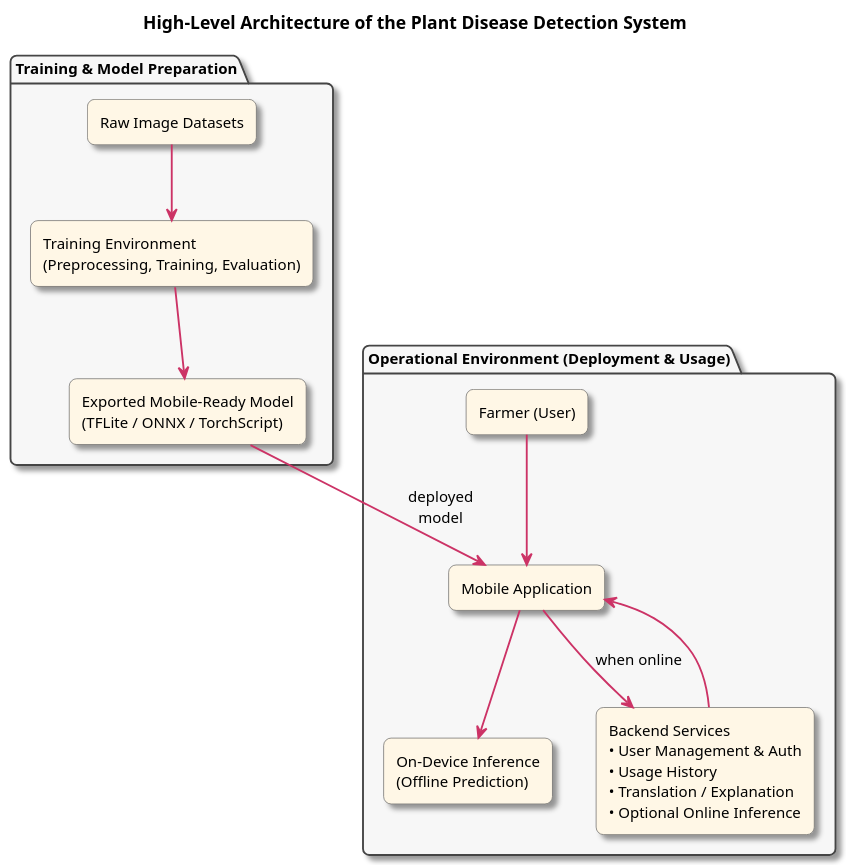
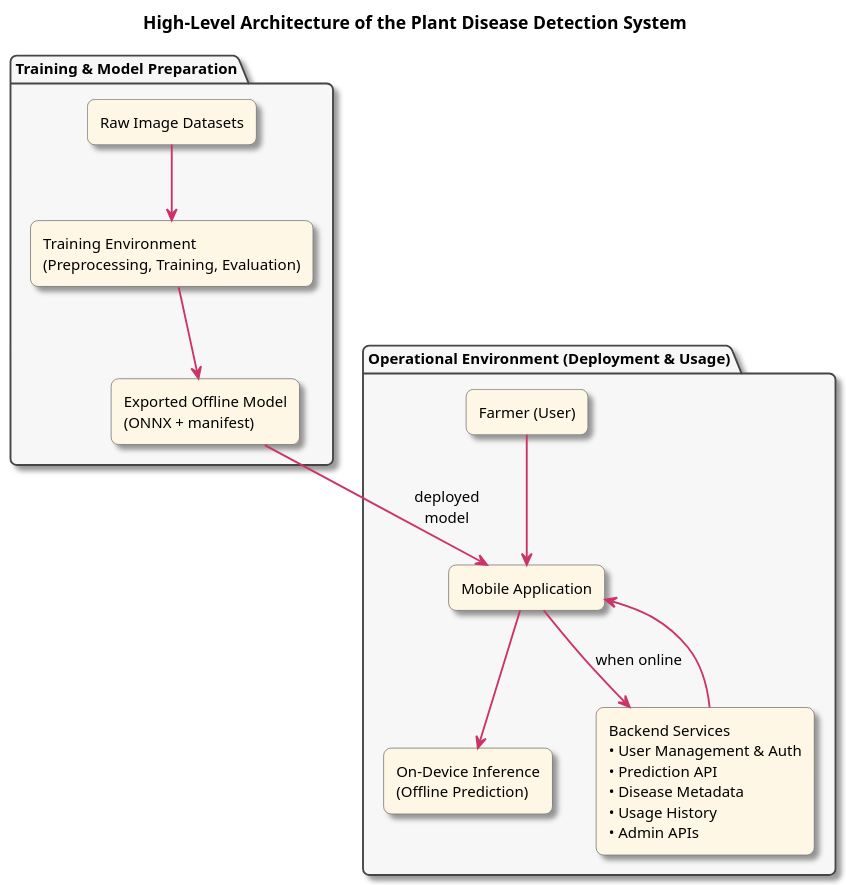
The diagram in docs/architecture.puml (jadkandah/plant-disease-detection), drawn with PlantUML before and after one commit. The commit also changed 11 other files, not shown here.

```diff
--- a/docs/architecture.puml
+++ b/docs/architecture.puml
@@ -1,61 +1,61 @@
 @startuml
 title High-Level Architecture of the Plant Disease Detection System
 
 top to bottom direction
 
 skinparam shadowing true
 skinparam dpi 120
 
 skinparam defaultFontName Arial
 skinparam defaultFontSize 12
 
 skinparam package {
   BorderColor #444444
   BackgroundColor #F7F7F7
   RoundCorner 10
 }
 
 skinparam rectangle {
   BorderColor #555555
   BackgroundColor #FFF7E6
   RoundCorner 12
 }
 
 skinparam arrow {
   Color #CC3366
   Thickness 1.5
 }
 
 ' ======================= TRAINING SIDE =======================
 package "Training & Model Preparation" as TrainPkg {
 
   rectangle "Raw Image Datasets" as Datasets
 
   rectangle "Training Environment\n(Preprocessing, Training, Evaluation)" as TrainEnv
 
-  rectangle "Exported Mobile-Ready Model\n(TFLite / ONNX / TorchScript)" as ModelFile
+  rectangle "Exported Offline Model\n(ONNX + manifest)" as ModelFile
 }
 
 Datasets --> TrainEnv
 TrainEnv --> ModelFile
 
 
 ' ======================= OPERATIONAL SIDE =======================
 package "Operational Environment (Deployment & Usage)" as DeployPkg {
 
   rectangle "Farmer (User)" as Farmer
 
   rectangle "Mobile Application" as MobileApp
 
   rectangle "On-Device Inference\n(Offline Prediction)" as OnDevice
 
-  rectangle "Backend Services\n• User Management & Auth\n• Usage History\n• Translation / Explanation\n• Optional Online Inference" as Backend
+  rectangle "Backend Services\n• User Management & Auth\n• Prediction API\n• Disease Metadata\n• Usage History\n• Admin APIs" as Backend
 }
 
 Farmer --> MobileApp
 MobileApp --> OnDevice
 ModelFile --> MobileApp : deployed\nmodel
 MobileApp --> Backend : when online
 Backend --> MobileApp
 
 @enduml
```
